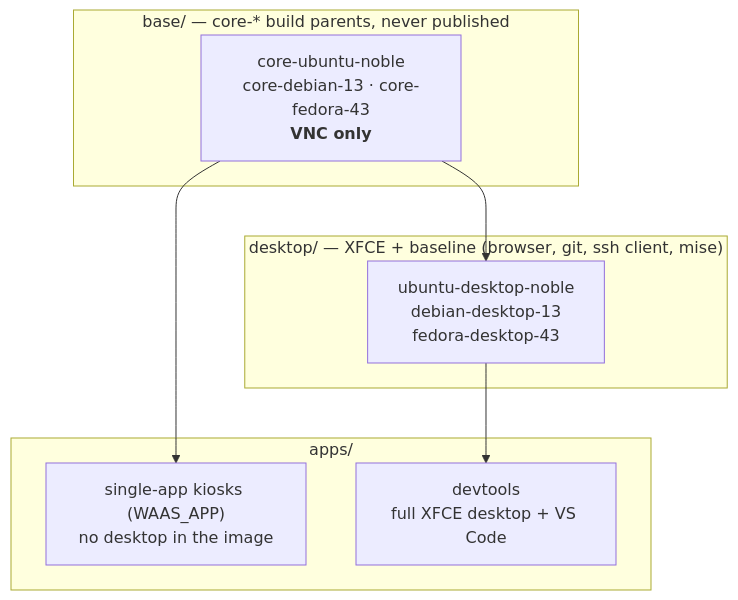
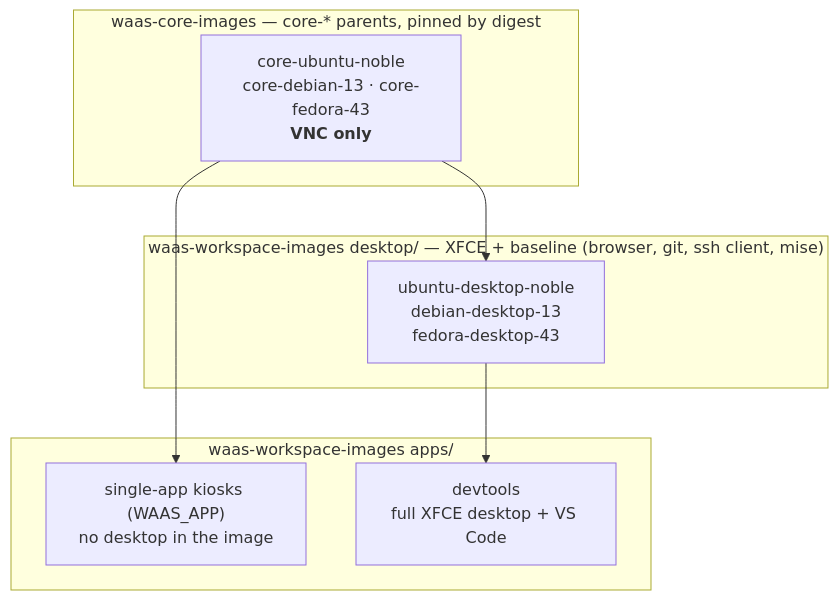
One commit to XoRHub/website changed the first of 2 diagrams in docs/images/index.md. Above: the diagram before and after it, drawn with Mermaid. The commit also changed other lines of this file and 17 other files, not shown here.

First line of the commit message:
docs: follow the waas-images split into core and workspace repos

````diff
--- a/docs/images/index.md
+++ b/docs/images/index.md
@@ -40,19 +48,19 @@
 ```mermaid
 flowchart TB
-    subgraph base ["base/ — core-* build parents, never published"]
+    subgraph base ["waas-core-images — core-* parents, pinned by digest"]
         CORE["core-ubuntu-noble<br/>core-debian-13 · core-fedora-43<br/><b>VNC only</b>"]
     end
 
-    subgraph desktop ["desktop/ — XFCE + baseline (browser, git, ssh client, mise)"]
+    subgraph desktop ["waas-workspace-images desktop/ — XFCE + baseline (browser, git, ssh client, mise)"]
         OSD["ubuntu-desktop-noble<br/>debian-desktop-13<br/>fedora-desktop-43"]
     end
 
-    subgraph apps ["apps/"]
+    subgraph apps ["waas-workspace-images apps/"]
         KIOSK["single-app kiosks (WAAS_APP)<br/>no desktop in the image"]
         DT["devtools<br/>full XFCE desktop + VS Code"]
     end
 
     CORE --> OSD
     CORE --> KIOSK
     OSD --> DT
 ```
````
